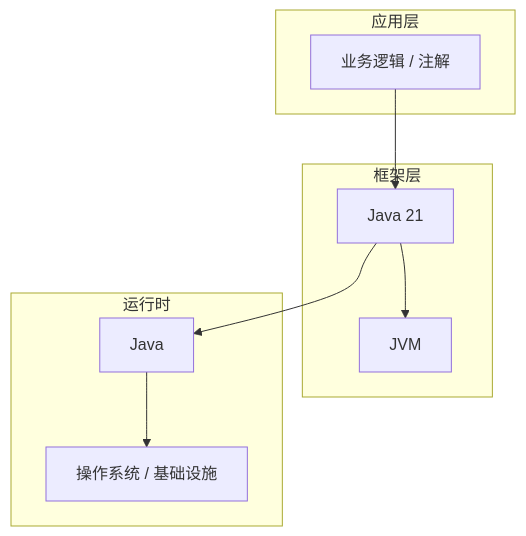
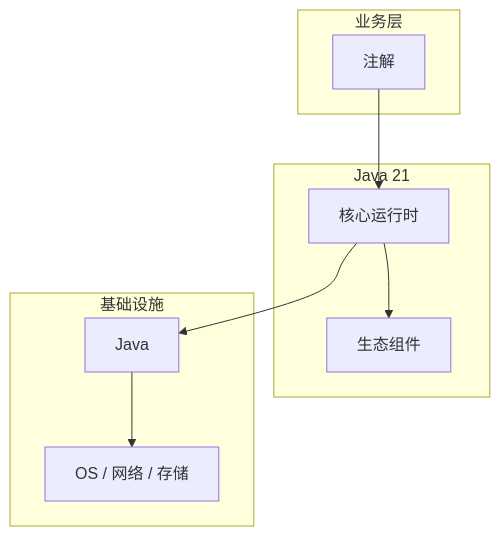
Before and after one commit to yanggan2015/knowledge-json-v2: the diagram in articles/Java核心/chapters/051-注解核心概念与原理.md, drawn with Mermaid. The commit also changed other lines of this file and 10127 other files, not shown here.

````diff
--- a/articles/Java核心/chapters/051-注解核心概念与原理.md
+++ b/articles/Java核心/chapters/051-注解核心概念与原理.md
@@ -45,18 +34,18 @@
 ```mermaid
 graph TB
-    subgraph 应用层
-        A[业务逻辑 / 注解]
+    subgraph 业务层
+        A[注解]
     end
-    subgraph 框架层
-        B[Java 21]
-        C[JVM]
+    subgraph Java 21
+        B[核心运行时]
+        C[生态组件]
     end
-    subgraph 运行时
+    subgraph 基础设施
         D[Java]
-        E[操作系统 / 基础设施]
+        E[OS / 网络 / 存储]
     end
     A --> B
     B --> C
     B --> D
     D --> E
 ```
````
